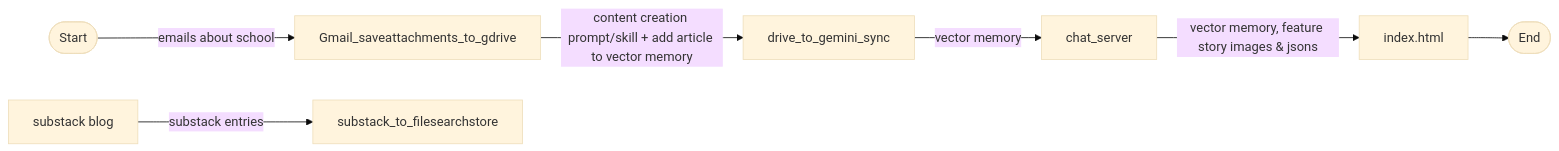
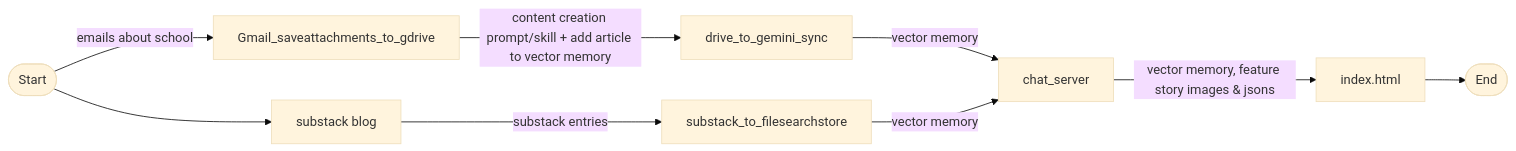
Before and after one commit to cognitivemetaphors/DevelopmentDirectorAgent: the diagram in readme.md, drawn with Mermaid (base theme).

````diff
--- a/readme.md
+++ b/readme.md
@@ -1,10 +1,12 @@
 ```mermaid
 flowchart LR 
         A(["Start"])
         A --emails about school--> B["Gmail_saveattachments_to_gdrive"]
         B --content creation prompt/skill + add article to vector memory-->D["drive_to_gemini_sync"]
         D -- vector memory-->E["chat_server"]
         E --vector memory, feature story images & jsons-->H["index.html"]
+        A --> J
         J["substack blog"]--substack entries-->L["substack_to_filesearchstore"]
+        L --vector memory-->E
         H --> I(["End"])
 ```
````
